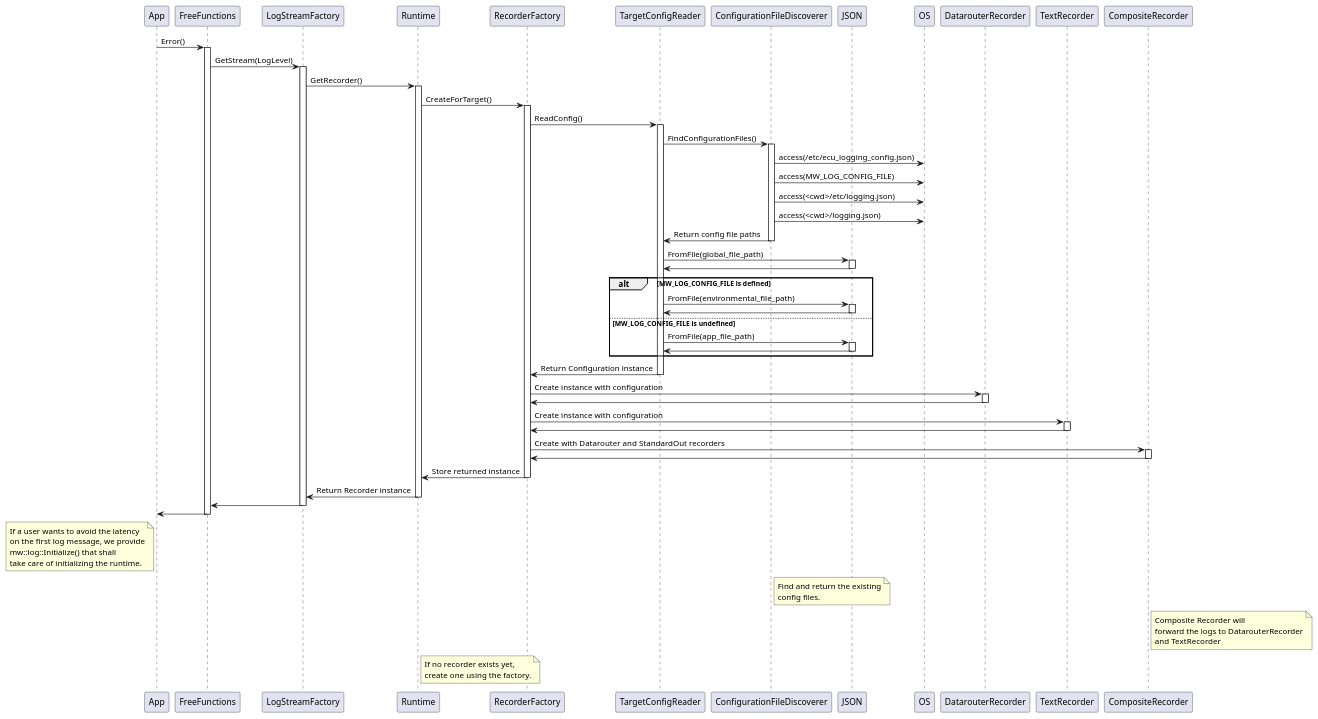
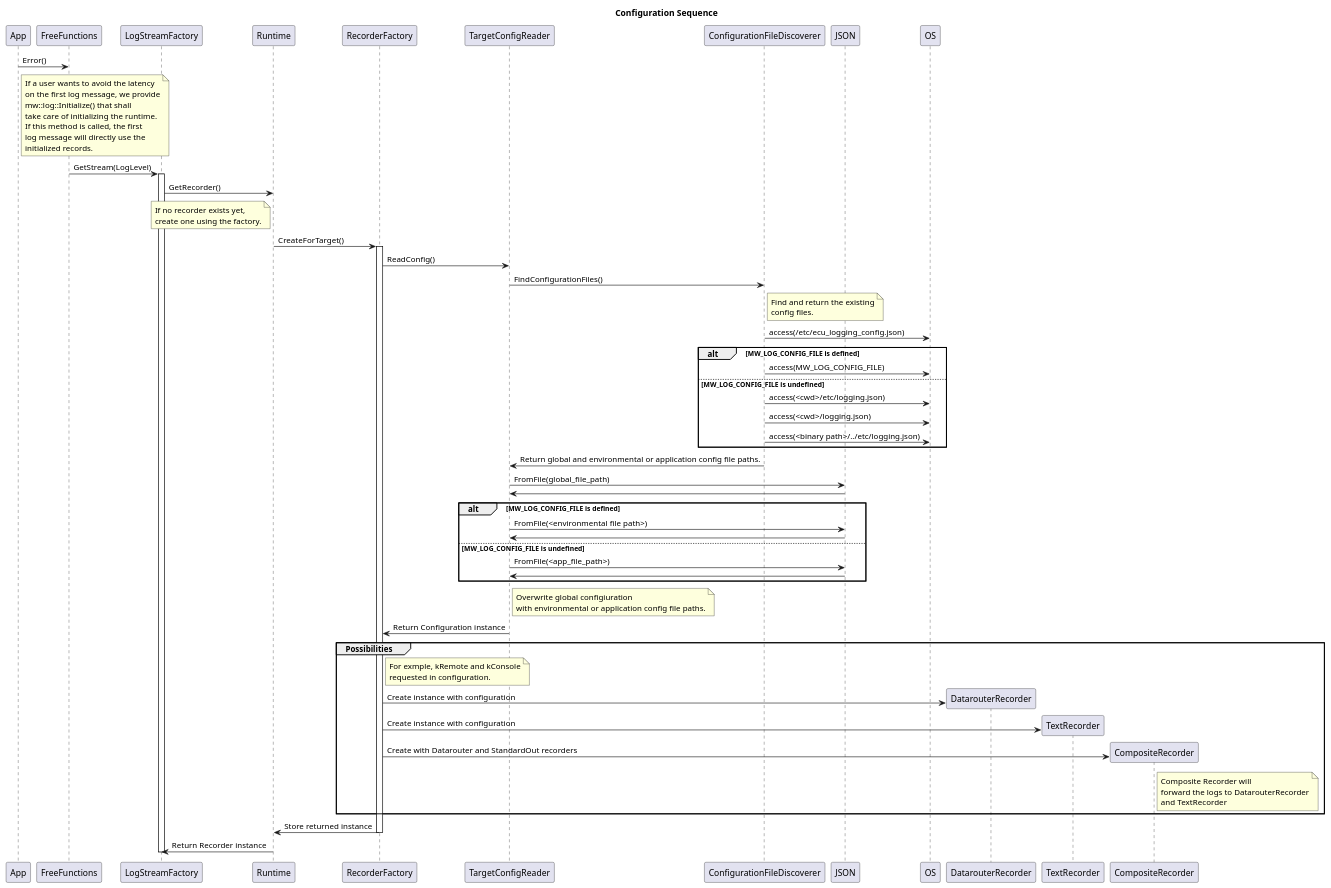
One commit to eclipse-score/inc_mw_log changed the diagram in design/configuration_sequence.puml. Above: the diagram before and after it, drawn with PlantUML. The commit also changed 8 other files, not shown here.

Commit message:
Fixing some diagrams

```diff
--- a/design/configuration_sequence.puml
+++ b/design/configuration_sequence.puml
@@ -1,112 +1,111 @@
 @startuml configuration_sequence
+title Configuration Sequence
 
 participant "App" as App
 participant "FreeFunctions" as FF
 participant "LogStreamFactory" as LSF
 participant "Runtime" as RT
 participant "RecorderFactory" as RF
 participant "TargetConfigReader" as TCR
 participant "ConfigurationFileDiscoverer" as CFD
 participant "JSON" as JSON
 participant "OS" as OS
-participant "DatarouterRecorder" as DR
-participant "TextRecorder" as TR
-participant "CompositeRecorder" as CR
 
 App -> FF: Error()
-activate FF
+note right of App
+  If a user wants to avoid the latency
+  on the first log message, we provide
+  mw::log::Initialize() that shall 
+  take care of initializing the runtime.
+  If this method is called, the first
+  log message will directly use the
+  initialized records.
+end note
 
 FF -> LSF: GetStream(LogLevel)
 activate LSF
 
 LSF -> RT: GetRecorder()
-activate RT
+
+note left of RT
+  If no recorder exists yet,
+  create one using the factory.
+end note
 
 RT -> RF: CreateForTarget()
 activate RF
 
 RF -> TCR: ReadConfig()
-activate TCR
 
 TCR -> CFD: FindConfigurationFiles()
-activate CFD
-
-CFD -> OS: access(/etc/ecu_logging_config.json)
-CFD -> OS: access(MW_LOG_CONFIG_FILE)
-CFD -> OS: access(<cwd>/etc/logging.json)
-CFD -> OS: access(<cwd>/logging.json)
-
-CFD -> TCR: Return config file paths
-deactivate CFD
-
-TCR -> JSON: FromFile(global_file_path)
-activate JSON
-JSON -> TCR: 
-deactivate JSON
-
-alt MW_LOG_CONFIG_FILE is defined
-  TCR -> JSON: FromFile(environmental_file_path)
-  activate JSON
-  JSON -> TCR: 
-  deactivate JSON
-else MW_LOG_CONFIG_FILE is undefined
-  TCR -> JSON: FromFile(app_file_path)
-  activate JSON
-  JSON -> TCR: 
-  deactivate JSON
-end
-
-TCR -> RF: Return Configuration instance
-deactivate TCR
-
-RF -> DR: Create instance with configuration
-activate DR
-DR -> RF: 
-deactivate DR
-
-RF -> TR: Create instance with configuration
-activate TR
-TR -> RF: 
-deactivate TR
-
-RF -> CR: Create with Datarouter and StandardOut recorders
-activate CR
-CR -> RF: 
-deactivate CR
-
-RF -> RT: Store returned instance
-deactivate RF
-
-RT -> LSF: Return Recorder instance
-deactivate RT
-
-LSF -> FF: 
-deactivate LSF
-
-FF -> App: 
-deactivate FF
-
-note left of App
-  If a user wants to avoid the latency
-  on the first log message, we provide
-  mw::log::Initialize() that shall 
-  take care of initializing the runtime.
-end note
 
 note right of CFD
   Find and return the existing
   config files.
 end note
 
+CFD -> OS: access(/etc/ecu_logging_config.json)
+alt MW_LOG_CONFIG_FILE is defined
+  CFD -> OS: access(MW_LOG_CONFIG_FILE)
+else MW_LOG_CONFIG_FILE is undefined
+  CFD -> OS: access(<cwd>/etc/logging.json)
+  CFD -> OS: access(<cwd>/logging.json)
+  CFD -> OS: access(<binary path>/../etc/logging.json)
+end
+
+CFD -> TCR: Return global and environmental or application config file paths.
+
+TCR -> JSON: FromFile(global_file_path)
+JSON -> TCR: 
+
+alt MW_LOG_CONFIG_FILE is defined
+  TCR -> JSON: FromFile(<environmental file path>)
+  JSON -> TCR: 
+else MW_LOG_CONFIG_FILE is undefined
+  TCR -> JSON: FromFile(<app_file_path>)
+  JSON -> TCR: 
+end
+
+note right of TCR
+  Overwrite global configiuration
+  with environmental or application config file paths.
+end note
+
+TCR -> RF: Return Configuration instance
+
+group Possibilities
+
+note right of RF
+  For exmple, kRemote and kConsole
+  requested in configuration.
+end note
+
+Create "DatarouterRecorder" as DR
+
+RF -> DR: Create instance with configuration
+
+Create "TextRecorder" as TR
+
+RF -> TR: Create instance with configuration
+
+Create "CompositeRecorder" as CR
+
+RF -> CR: Create with Datarouter and StandardOut recorders
 note right of CR
   Composite Recorder will
   forward the logs to DatarouterRecorder
   and TextRecorder
 end note
 
-note right of RT
-  If no recorder exists yet,
-  create one using the factory.
-end note
+end
+
+
+
+RF -> RT: Store returned instance
+deactivate RF
+
+RT -> LSF: Return Recorder instance
+
+deactivate LSF
 
 @enduml
```
